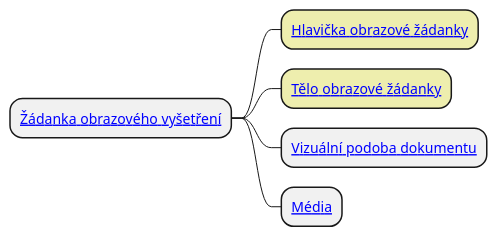
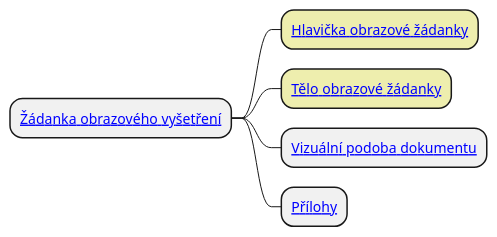
Before and after one commit to HL7-cz/img-order: the diagram in input/images-source/imgOrder_CIM-CZ.plantuml, drawn with PlantUML. The commit also changed 10 other files, not shown here.

```diff
--- a/input/images-source/imgOrder_CIM-CZ.plantuml
+++ b/input/images-source/imgOrder_CIM-CZ.plantuml
@@ -1,27 +1,27 @@
 @startmindmap
 skinparam topurl StructureDefinition-
 
 * [[ImagingOrderCz.html Žádanka obrazového vyšetření]]
 **[#EEEEAE] [[HeaderImagingOrder.html Hlavička obrazové žádanky]]
 **[#EEEEAE] [[BodyImageOrderCz.html Tělo obrazové žádanky]]
 ** [[PresentedFormCz.html Vizuální podoba dokumentu]]
-** [[MediaCz.html Média]]
+** [[AttachmentsCz.html Přílohy]]
 
 /'
 ** [[health-insurance-cz.html Health Insurance Provider]]
 ** [[serviceRequestCz.html Imaging Order Service Request]]
 ***_ Order identifier
 ***_ Status of a service order.
 ***_ Kind of service request.
 *** [[CoverageCz.html Associated insurance coverage]]
 *** [[specimenCz.html Sample for analysis]]
 ****_ External Identifier
 ****_ Status
 ****_ Type
 ****_ Subject
 ****_ Received Time (DateTime)
 ****_ Collection
 ****_ Processing
 ****_ Container
 '/
 @endmindmap
```
